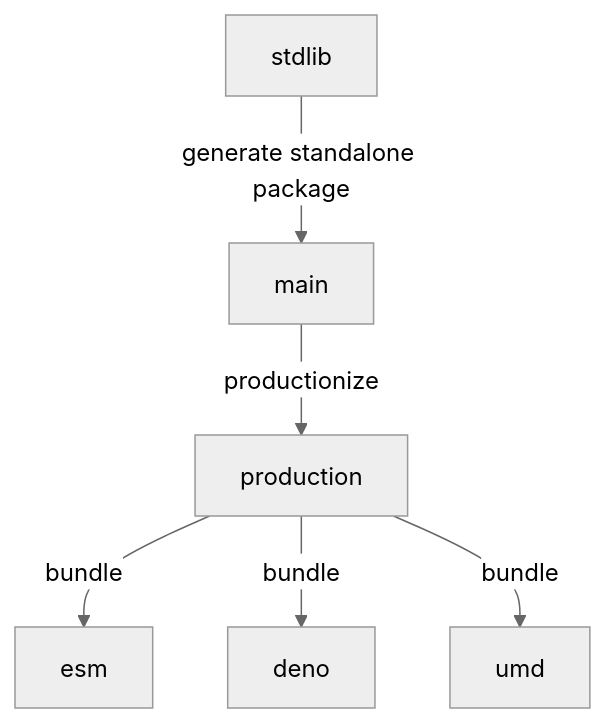
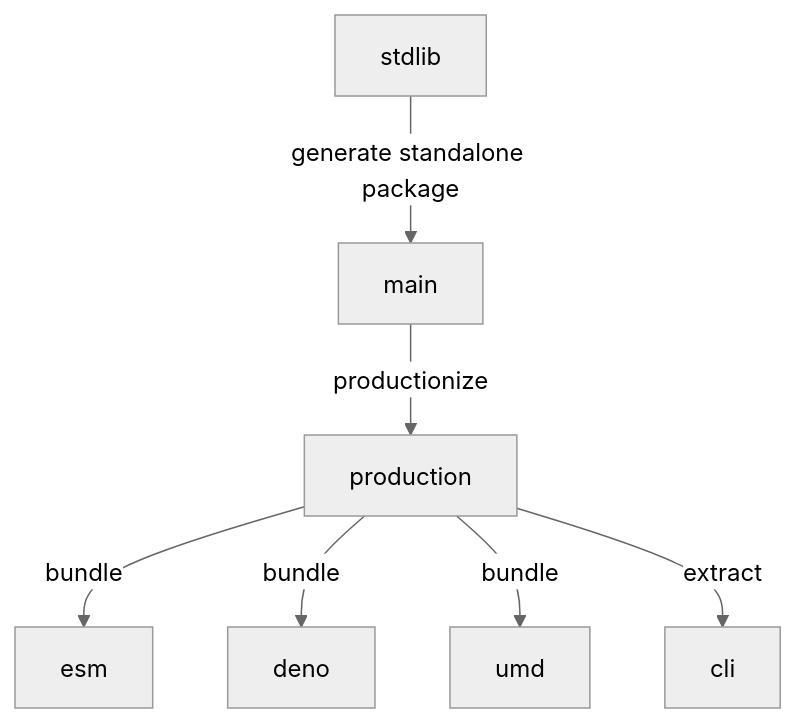
Before and after one commit to stdlib-js/datasets-emoji-picto-code: the diagram in branches.md, drawn with Mermaid (neutral theme). The commit also changed other lines of this file and 8 other files, not shown here.

````diff
--- a/branches.md
+++ b/branches.md
@@ -33,15 +34,17 @@
 ```mermaid
 graph TD;
 A[stdlib]-->|generate standalone package|B;
 B[main] -->|productionize| C[production];
 C -->|bundle| D[esm];
 C -->|bundle| E[deno];
 C -->|bundle| F[umd];
+C -->|extract| G[cli];
 
-click A href "https://github.com/stdlib-js/stdlib/tree/develop/lib/node_modules/%40stdlib/datasets/emoji-picto-code"
-click B href "https://github.com/stdlib-js/datasets-emoji-picto-code/tree/main"
-click C href "https://github.com/stdlib-js/datasets-emoji-picto-code/tree/production"
-click D href "https://github.com/stdlib-js/datasets-emoji-picto-code/tree/esm"
-click E href "https://github.com/stdlib-js/datasets-emoji-picto-code/tree/deno"
-click F href "https://github.com/stdlib-js/datasets-emoji-picto-code/tree/umd"
+%% click A href "https://github.com/stdlib-js/stdlib/tree/develop/lib/node_modules/%40stdlib/datasets/emoji-picto-code"
+%% click B href "https://github.com/stdlib-js/datasets-emoji-picto-code/tree/main"
+%% click C href "https://github.com/stdlib-js/datasets-emoji-picto-code/tree/production"
+%% click D href "https://github.com/stdlib-js/datasets-emoji-picto-code/tree/esm"
+%% click E href "https://github.com/stdlib-js/datasets-emoji-picto-code/tree/deno"
+%% click F href "https://github.com/stdlib-js/datasets-emoji-picto-code/tree/umd"
+%% click G href "https://github.com/stdlib-js/datasets-emoji-picto-code/tree/cli"
 ```
````
